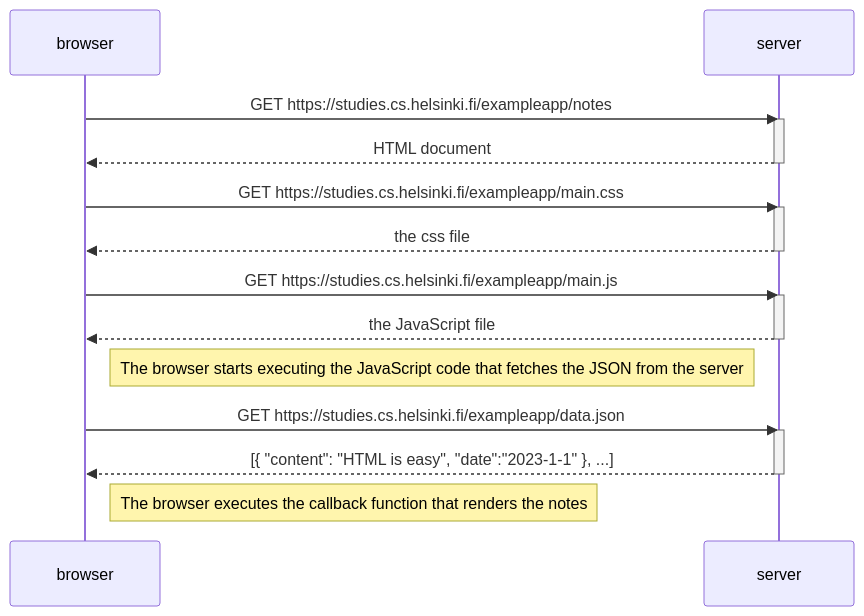
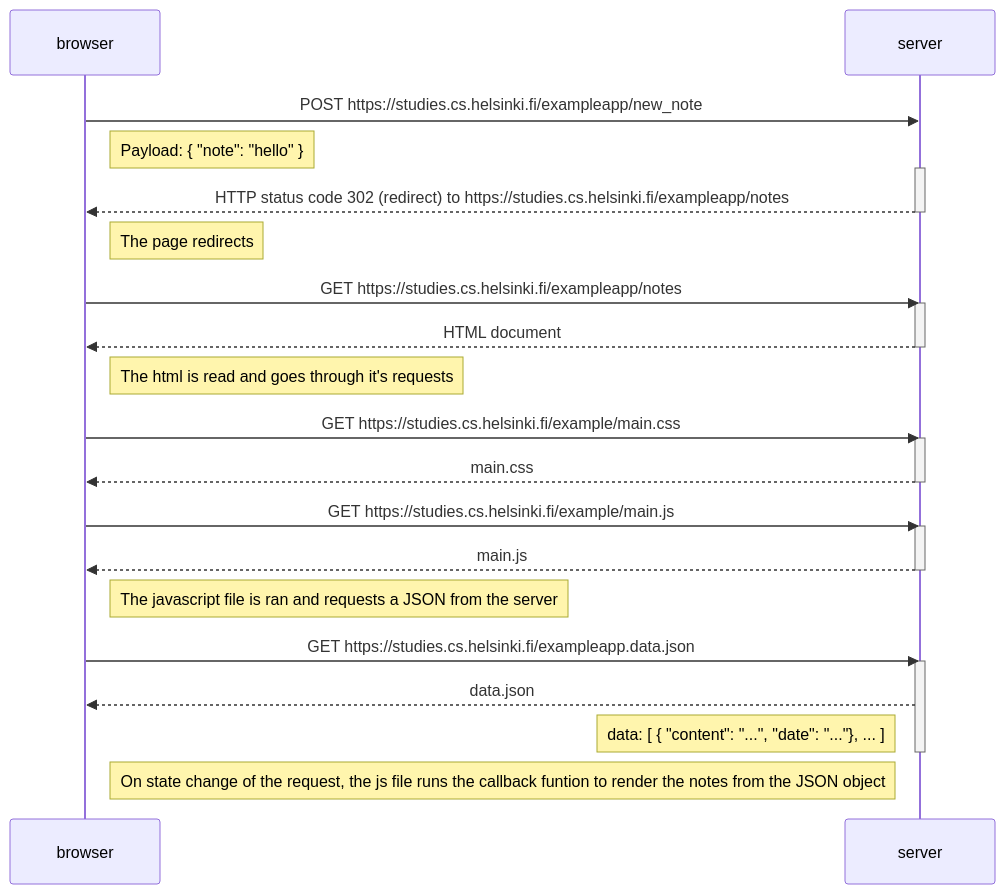
The diagram in part0/new-note-diagram/diagram.md (Raikho/fullstackopen), drawn with Mermaid before and after one commit. The commit also changed other lines of this file, not shown here.

Commit message:
add diagram for new note creation

````diff
--- a/part0/new-note-diagram/diagram.md
+++ b/part0/new-note-diagram/diagram.md
@@ -10,30 +3,39 @@
 ```mermaid
 sequenceDiagram
     participant browser
     participant server
+
+    browser->>server: POST https://studies.cs.helsinki.fi/exampleapp/new_note
+    Note right of browser: Payload: { "note": "hello" }
+    activate server
+    server-->>browser: HTTP status code 302 (redirect) to https://studies.cs.helsinki.fi/exampleapp/notes
+    deactivate server
+    Note right of browser: The page redirects
 
     browser->>server: GET https://studies.cs.helsinki.fi/exampleapp/notes
     activate server
     server-->>browser: HTML document
     deactivate server
 
-    browser->>server: GET https://studies.cs.helsinki.fi/exampleapp/main.css
+    Note right of browser: The html is read and goes through it's requests
+
+    browser->>server: GET https://studies.cs.helsinki.fi/example/main.css
     activate server
-    server-->>browser: the css file
+    server-->>browser: main.css
     deactivate server
 
-    browser->>server: GET https://studies.cs.helsinki.fi/exampleapp/main.js
+    browser->>server: GET https://studies.cs.helsinki.fi/example/main.js
     activate server
-    server-->>browser: the JavaScript file
+    server-->>browser: main.js
     deactivate server
 
-    Note right of browser: The browser starts executing the JavaScript code that fetches the JSON from the server
-    
-    browser->>server: GET https://studies.cs.helsinki.fi/exampleapp/data.json
+    Note right of browser: The javascript file is ran and requests a JSON from the server
+
+    browser->>server: GET https://studies.cs.helsinki.fi/exampleapp.data.json
     activate server
-    server-->>browser: [{ "content": "HTML is easy", "date":"2023-1-1" }, ...]
+    server-->>browser: data.json 
+    note left of server: data: [ { "content": "...", "date": "..."}, ... ]
     deactivate server
 
-    Note right of  browser: The browser executes the callback function that renders the notes
-
+    Note right of browser: On state change of the request, the js file runs the callback funtion to render the notes from the JSON object
 ```
````
